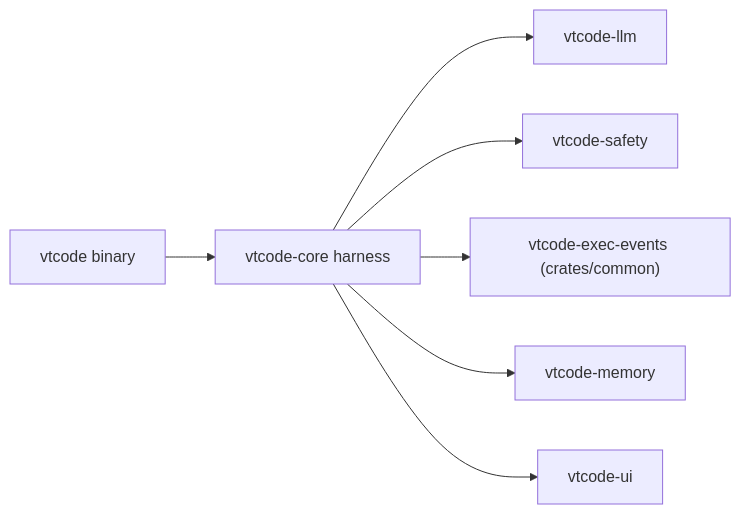
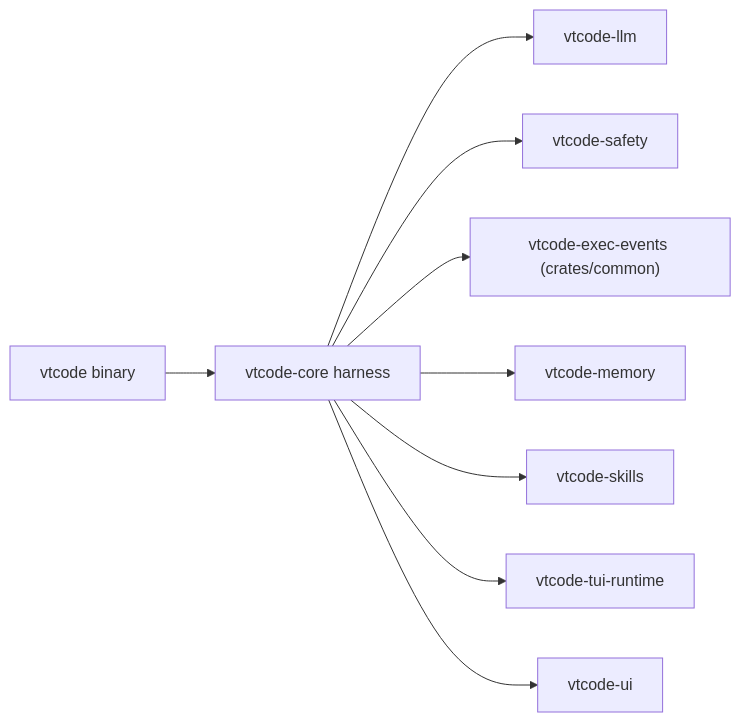
The diagram in README.md (vinhnx/VTCode), drawn with Mermaid before and after one commit. The commit also changed other lines of this file, not shown here.

````diff
--- a/README.md
+++ b/README.md
@@ -208,9 +207,11 @@
 ```mermaid
 graph LR
     BIN["vtcode binary"] --> CORE["vtcode-core harness"]
     CORE --> LLM["vtcode-llm"]
     CORE --> SAFETY["vtcode-safety"]
     CORE --> EVENTS["vtcode-exec-events (crates/common)"]
     CORE --> MEMORY["vtcode-memory"]
+    CORE --> SKILLS["vtcode-skills"]
+    CORE --> TUI["vtcode-tui-runtime"]
     CORE --> UI["vtcode-ui"]
 ```
````
